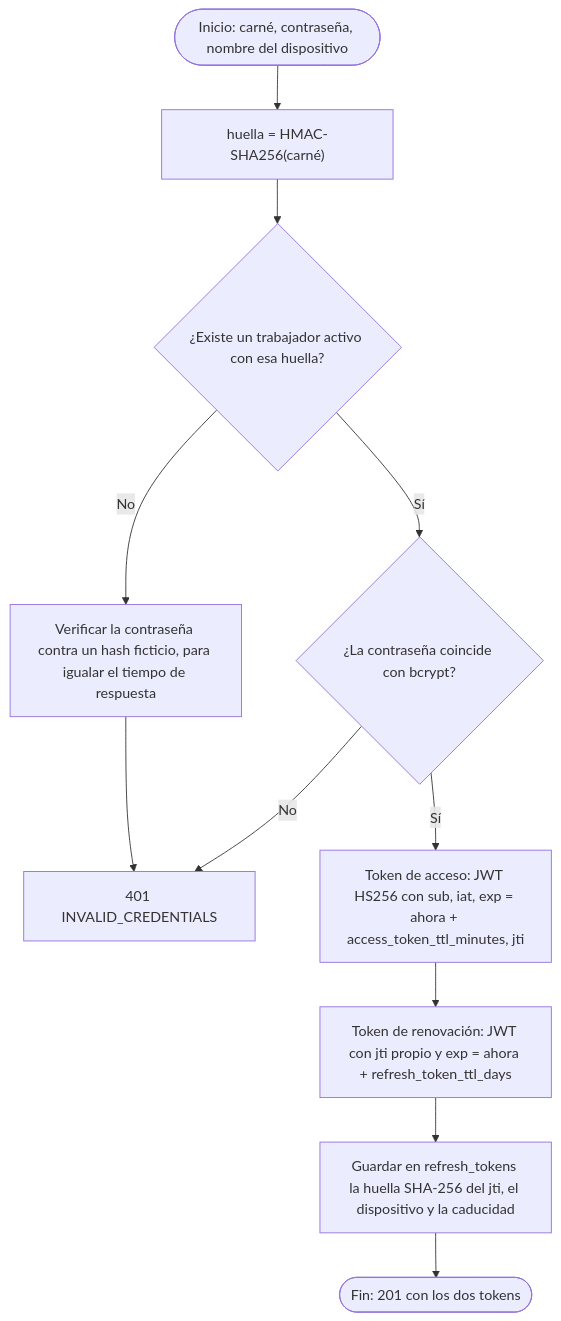
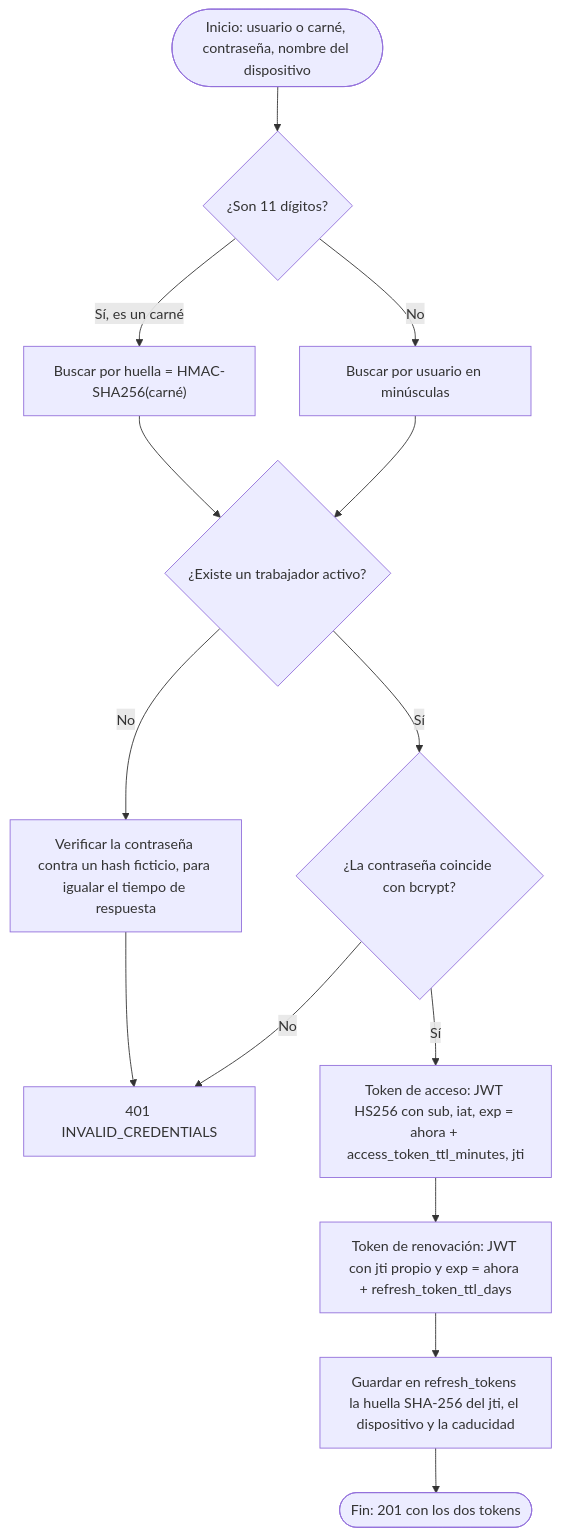
Before and after one commit to maicolalmaralestamayo/MiRuta: the third of 28 diagrams in docs/07-algoritmos.md, drawn with Mermaid. The commit also changed other lines of this file and 37 other files, not shown here.

First line of the commit message:
Iniciar sesión con un nombre de usuario en lugar del carné

````diff
--- a/docs/07-algoritmos.md
+++ b/docs/07-algoritmos.md
@@ -95,13 +99,16 @@
 ```mermaid
 flowchart TD
-    A(["Inicio: carné, contraseña, nombre del dispositivo"]) --> B["huella = HMAC-SHA256(carné)"]
-    B --> C{"¿Existe un trabajador activo con esa huella?"}
+    A(["Inicio: usuario o carné, contraseña, nombre del dispositivo"]) --> B{"¿Son 11 dígitos?"}
+    B -->|Sí, es un carné| B1["Buscar por huella = HMAC-SHA256(carné)"]
+    B -->|No| B2["Buscar por usuario en minúsculas"]
+    B1 --> C{"¿Existe un trabajador activo?"}
+    B2 --> C
     C -->|No| D["Verificar la contraseña contra un hash ficticio, para igualar el tiempo de respuesta"]
     D --> X["401 INVALID_CREDENTIALS"]
     C -->|Sí| E{"¿La contraseña coincide con bcrypt?"}
     E -->|No| X
     E -->|Sí| F["Token de acceso: JWT HS256 con sub, iat, exp = ahora + access_token_ttl_minutes, jti"]
     F --> G["Token de renovación: JWT con jti propio y exp = ahora + refresh_token_ttl_days"]
     G --> H["Guardar en refresh_tokens la huella SHA-256 del jti, el dispositivo y la caducidad"]
     H --> Z(["Fin: 201 con los dos tokens"])
 ```
````
